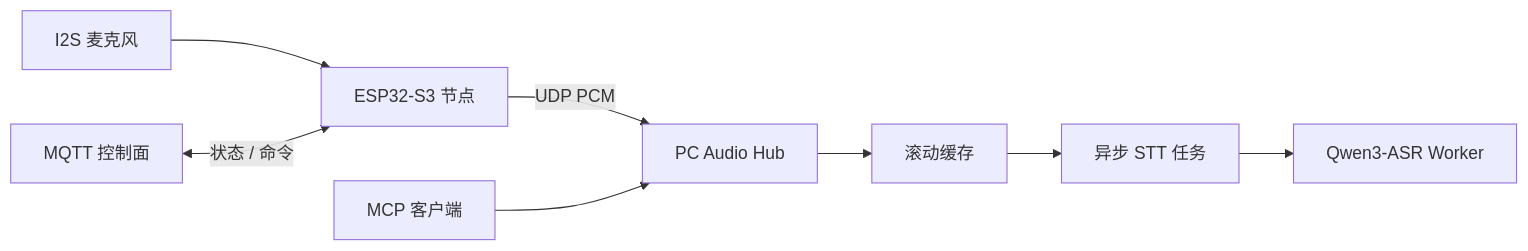
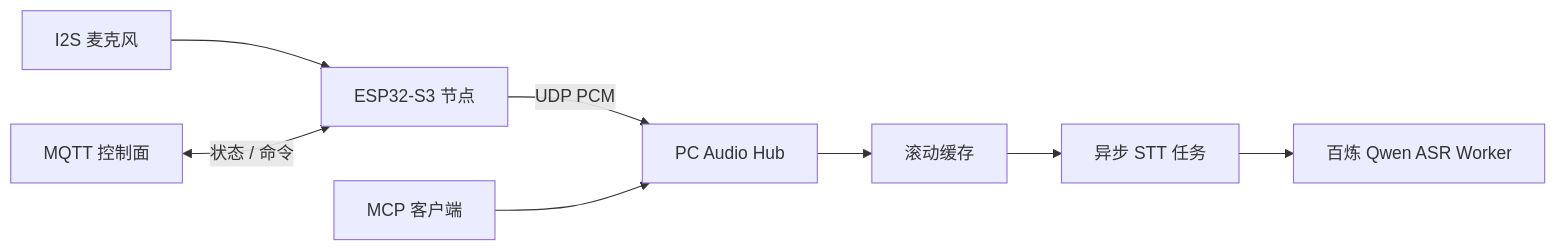
The diagram in README.zh-CN.md (Tobi1chi/EchoTrigger), drawn with Mermaid before and after one commit. The commit also changed other lines of this file and 7 other files, not shown here.

````diff
--- a/README.zh-CN.md
+++ b/README.zh-CN.md
@@ -15,10 +15,10 @@
 ```mermaid
 flowchart LR
   mic["I2S 麦克风"] --> esp["ESP32-S3 节点"]
   esp -->|"UDP PCM"| hub["PC Audio Hub"]
   hub --> ring["滚动缓存"]
   ring --> jobs["异步 STT 任务"]
-  jobs --> asr["Qwen3-ASR Worker"]
+  jobs --> asr["百炼 Qwen ASR Worker"]
   mqtt["MQTT 控制面"] <-->|"状态 / 命令"| esp
   mcp["MCP 客户端"] --> hub
 ```
````
